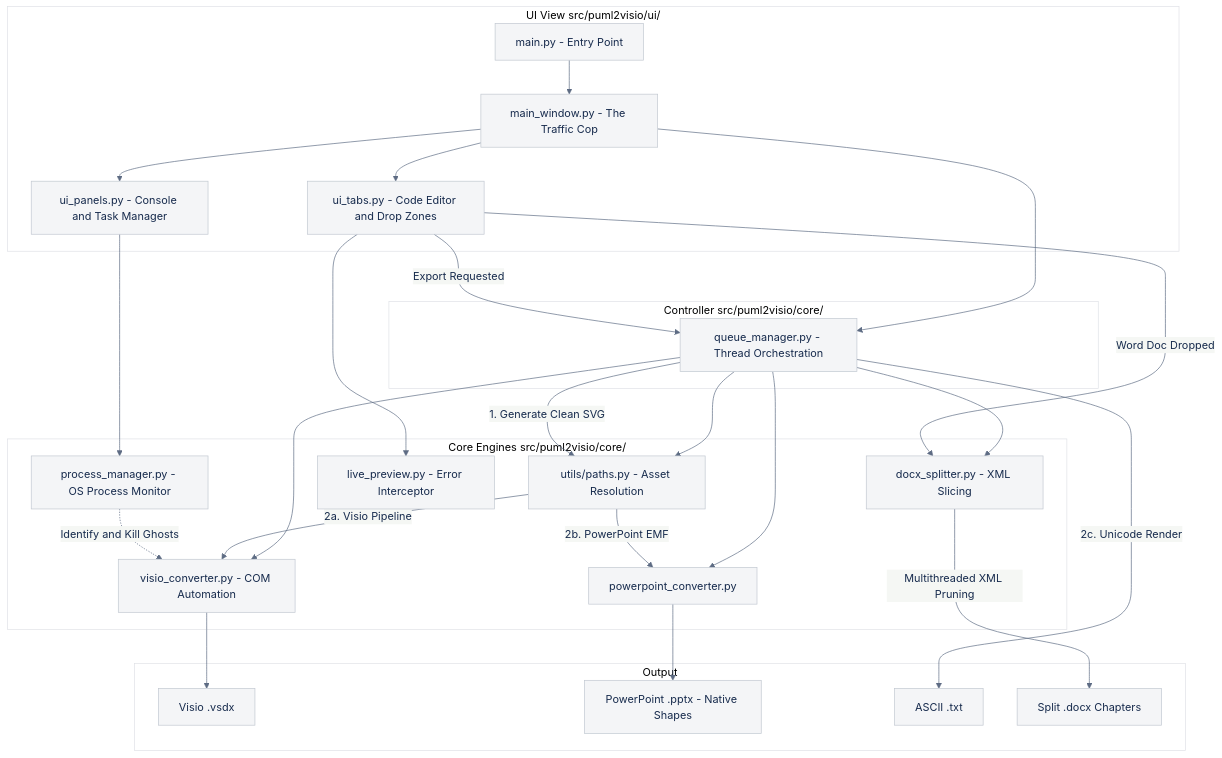
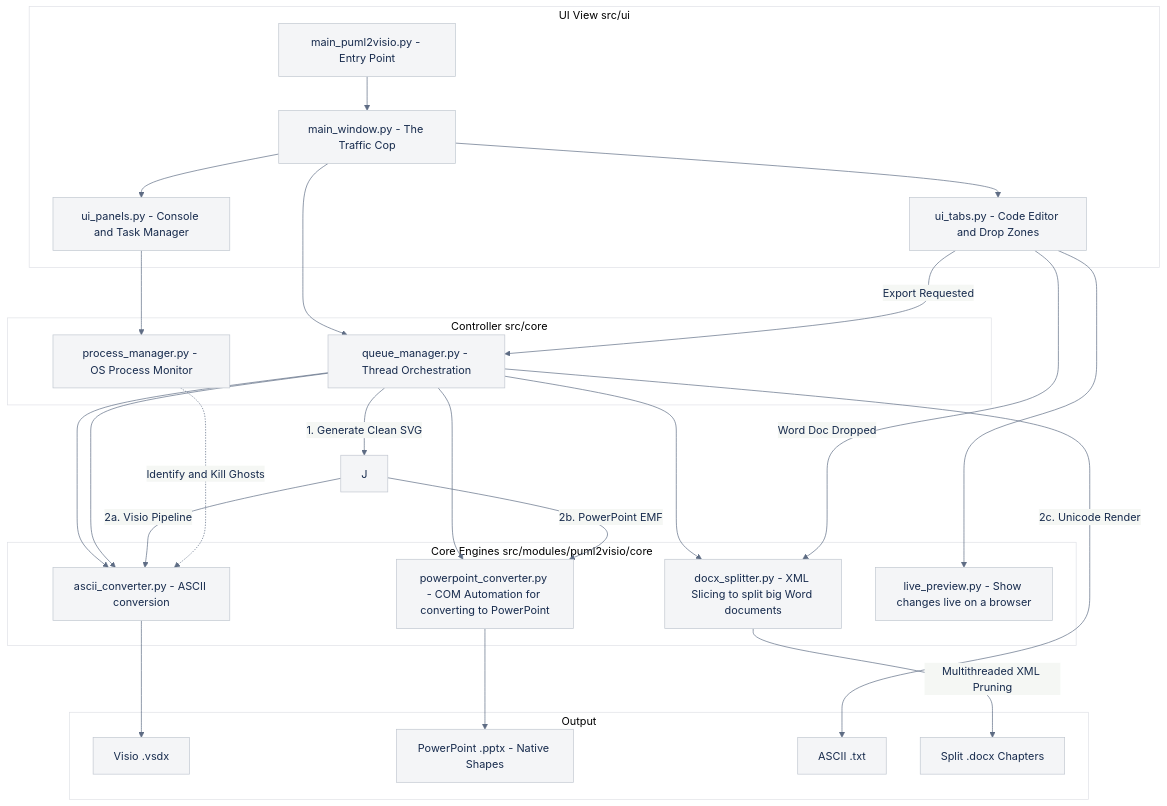
The diagram in 3GPP Tools/README.md (telekom/3gpp-meeting-tools), drawn with Mermaid before and after one commit. The commit also changed other lines of this file, not shown here.

````diff
--- a/3GPP Tools/README.md
+++ b/3GPP Tools/README.md
@@ -37,45 +37,45 @@
 ```mermaid
 %%{init: {"theme": "base", "themeVariables": { "primaryColor": "#f4f5f7", "primaryBorderColor": "#c1c7d0", "primaryTextColor": "#172b4d", "lineColor": "#5e6c84", "fontFamily": "Segoe UI, sans-serif", "clusterBkg": "#ffffff", "clusterBorder": "#dfe1e6" }}}%%
 graph TD
-    subgraph view [UI View src/puml2visio/ui/]
-        E[main.py - Entry Point] --> M[main_window.py - The Traffic Cop]
+    subgraph view [UI View src/ui]
+        E[main_puml2visio.py - Entry Point] --> M[main_window.py - The Traffic Cop]
         M --> T[ui_tabs.py - Code Editor and Drop Zones]
         M --> P[ui_panels.py - Console and Task Manager]
     end
 
-    subgraph controller [Controller src/puml2visio/core/]
+    subgraph controller [Controller src/core]
         M --> Q[queue_manager.py - Thread Orchestration]
+        P --> PM[process_manager.py - OS Process Monitor]
     end
 
-    subgraph model [Core Engines src/puml2visio/core/]
-        Q --> J[utils/paths.py - Asset Resolution]
-        Q --> V[visio_converter.py - COM Automation]
-        Q --> PPT[powerpoint_converter.py]
-        Q --> DOCX[docx_splitter.py - XML Slicing]
-        T --> LP[live_preview.py - Error Interceptor]
-        P --> PM[process_manager.py - OS Process Monitor]
+    subgraph model [Core Engines src/modules/puml2visio/core]
+        Q --> V[visio_converter.py - COM Automation for converting to Visio]
+        Q --> V[ascii_converter.py - ASCII conversion]
+        Q --> PPT[powerpoint_converter.py - COM Automation for converting to PowerPoint]
+        Q --> DOCX[docx_splitter.py - XML Slicing to split big Word documents]
+        T --> LP[live_preview.py - Show changes live on a browser]
     end
 
     subgraph output_group [Output]
         OutV[Visio .vsdx]
         OutP[PowerPoint .pptx - Native Shapes]
         OutA[ASCII .txt]
         OutW[Split .docx Chapters]
     end
 
     T -->|Export Requested| Q
     Q -->|1. Generate Clean SVG| J
     
     J -->|2a. Visio Pipeline| V
     V --> OutV
 
     J -->|2b. PowerPoint EMF| PPT
     PPT --> OutP
     
     Q -->|2c. Unicode Render| OutA
     
     T -->|Word Doc Dropped| DOCX
     DOCX -->|Multithreaded XML Pruning| OutW
     
     PM -.->|Identify and Kill Ghosts| V
 ```
````
